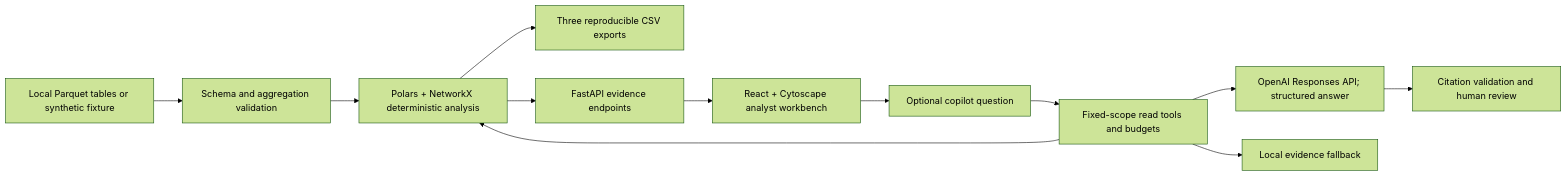
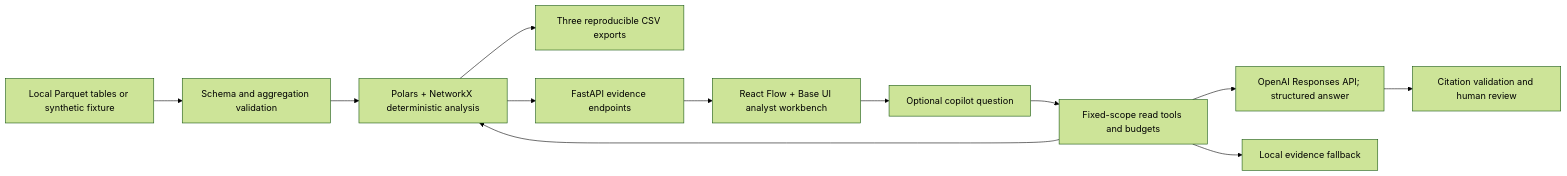
The diagram in docs/architecture.md (BAITC-Hacks/hack-5263c4cc-webspace), drawn with Mermaid (forest theme) before and after one commit. The commit also changed other lines of this file and 10 other files, not shown here.

````diff
--- a/docs/architecture.md
+++ b/docs/architecture.md
@@ -13,14 +13,14 @@
 ```mermaid
 flowchart LR
   P["Local Parquet tables or synthetic fixture"] --> V["Schema and aggregation validation"]
   V --> E["Polars + NetworkX deterministic analysis"]
   E --> C["Three reproducible CSV exports"]
   E --> A["FastAPI evidence endpoints"]
-  A --> U["React + Cytoscape analyst workbench"]
+  A --> U["React Flow + Base UI analyst workbench"]
   U --> Q["Optional copilot question"]
   Q --> G["Fixed-scope read tools and budgets"]
   G --> E
   G --> O["OpenAI Responses API; structured answer"]
   O --> R["Citation validation and human review"]
   G --> F["Local evidence fallback"]
 ```
````
